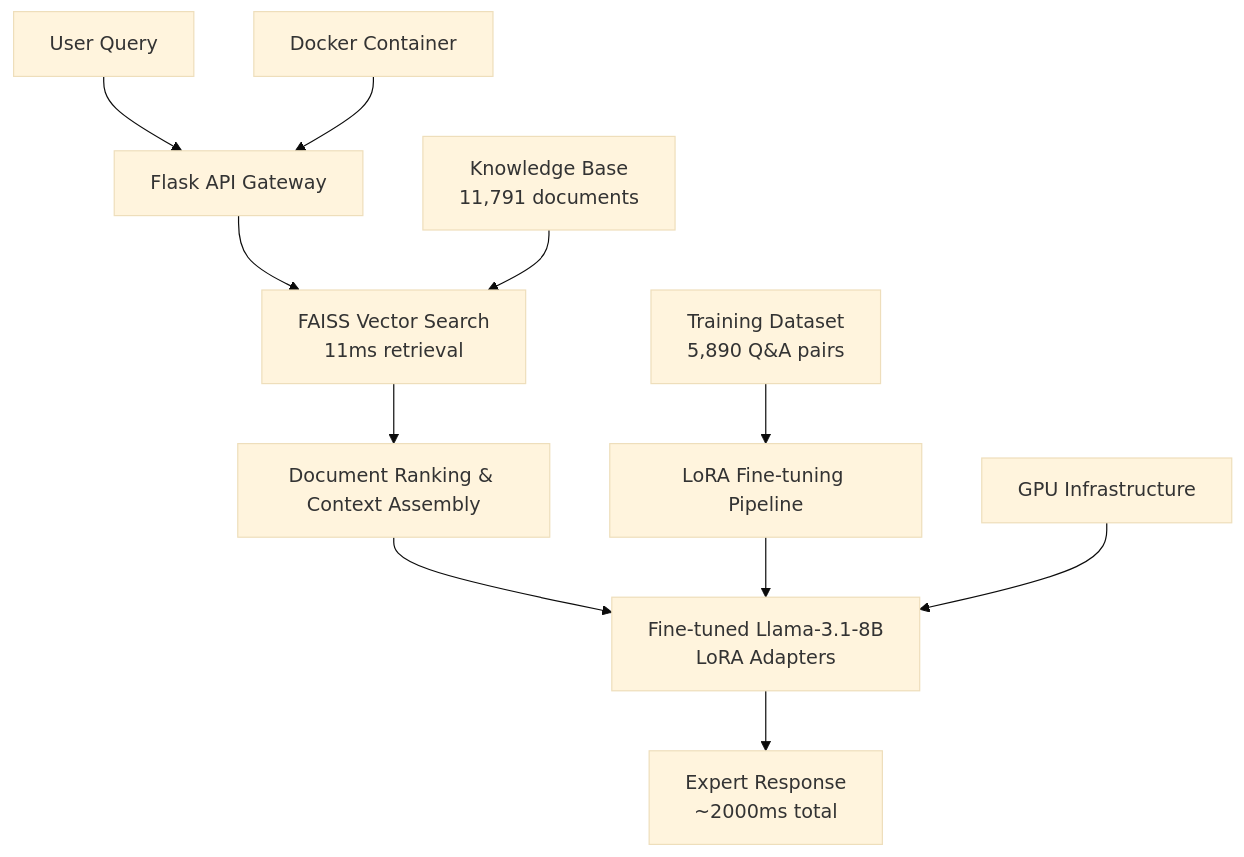
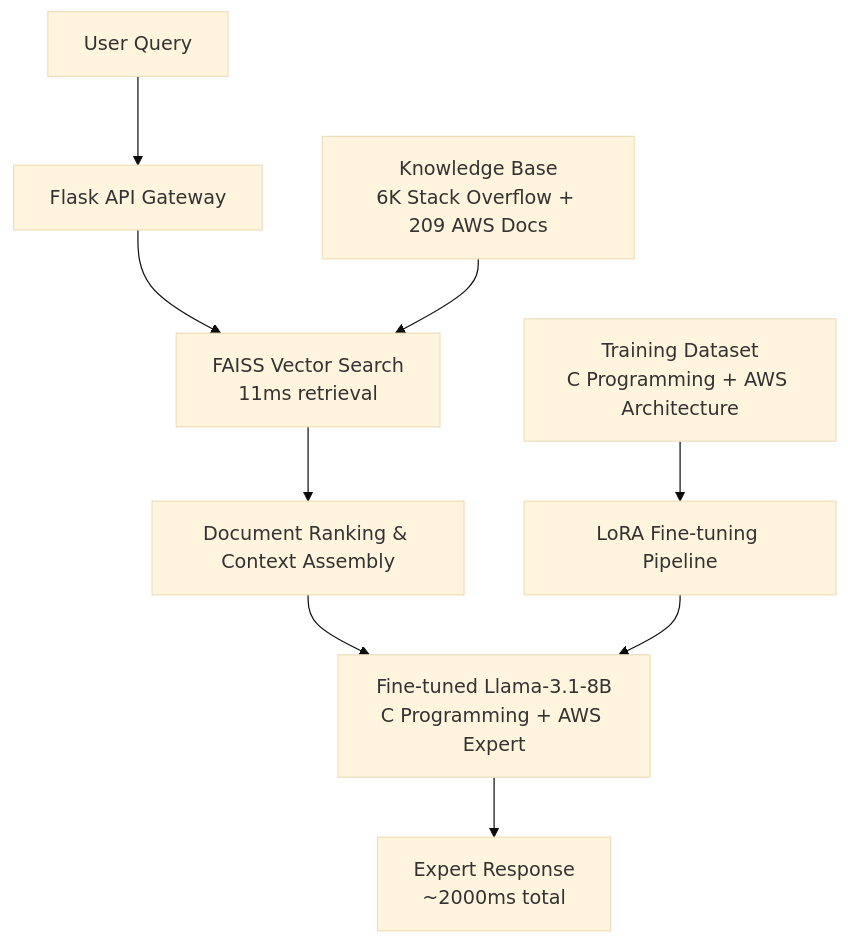
Before and after one commit to JonSnow1807/llm-knowledge-assistant: the diagram in README.md, drawn with Mermaid (base theme).

````diff
--- a/README.md
+++ b/README.md
@@ -60,15 +60,12 @@
 ```mermaid
 graph TB
     A[User Query] --> B[Flask API Gateway]
     B --> C[FAISS Vector Search<br/>11ms retrieval]
     C --> D[Document Ranking & Context Assembly]
-    D --> E[Fine-tuned Llama-3.1-8B<br/>LoRA Adapters]
+    D --> E[Fine-tuned Llama-3.1-8B<br/>C Programming + AWS Expert]
     E --> F[Expert Response<br/>~2000ms total]
     
-    G[Knowledge Base<br/>11,791 documents] --> C
-    H[Training Dataset<br/>5,890 Q&A pairs] --> I[LoRA Fine-tuning Pipeline]
+    G[Knowledge Base<br/>6K Stack Overflow + 209 AWS Docs] --> C
+    H[Training Dataset<br/>C Programming + AWS Architecture] --> I[LoRA Fine-tuning Pipeline]
     I --> E
-    
-    J[Docker Container] --> B
-    K[GPU Infrastructure] --> E
 ```
````
